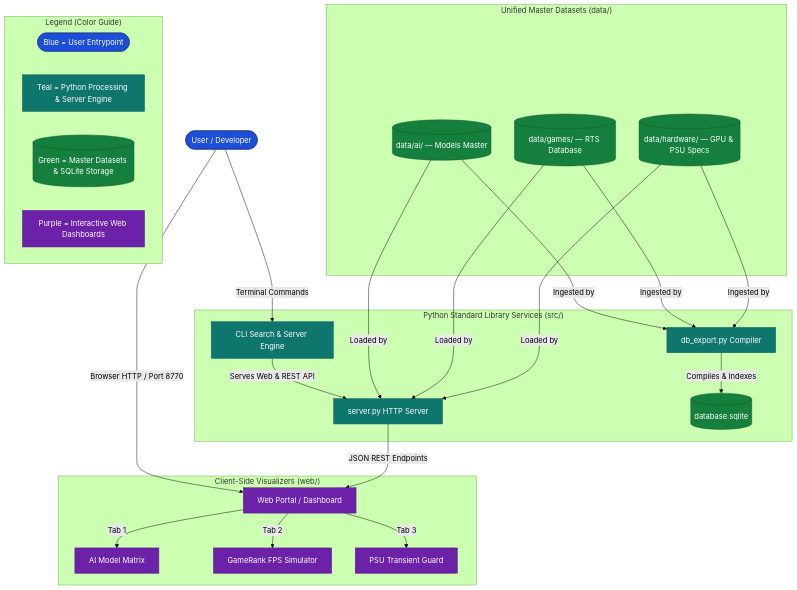
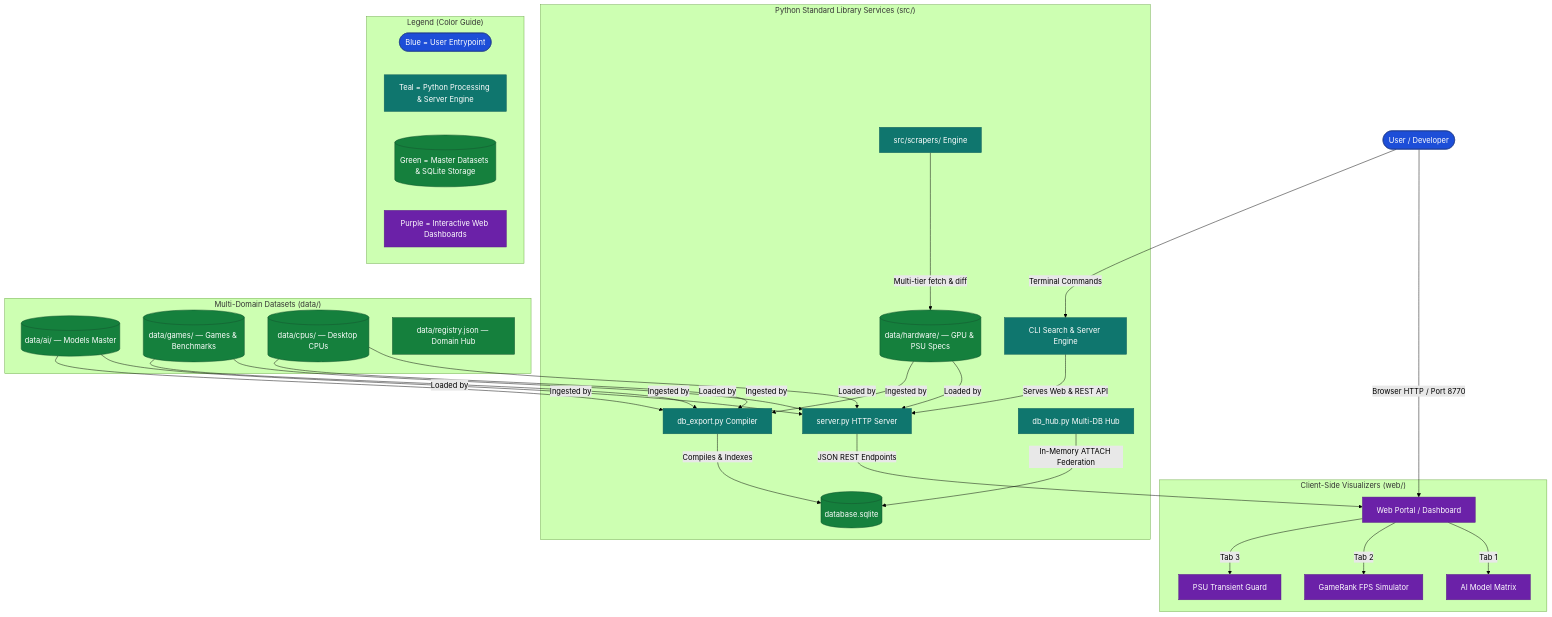
The first of 6 diagrams in docs/ARCHITECTURE.md (Mostakim2005/database-manager), drawn with Mermaid (forest theme) before and after one commit. The commit also changed other lines of this file and 17 other files, not shown here.

Commit message:
feat(scrapers): add BD retail live price sync, 1% low FPS benchmarks, and 4th domain cpus

````diff
--- a/docs/ARCHITECTURE.md
+++ b/docs/ARCHITECTURE.md
@@ -7,45 +7,51 @@
 ```mermaid
 flowchart TB
     %% Color Definitions (Obsidian & GitHub compatible)
     classDef startNode fill:#1d4ed8,stroke:#1e3a8a,color:#ffffff
     classDef processNode fill:#0f766e,stroke:#115e59,color:#ffffff
     classDef dataNode fill:#15803d,stroke:#14532d,color:#ffffff
     classDef outputNode fill:#6b21a8,stroke:#581c87,color:#ffffff
 
     User([User / Developer]):::startNode -->|Browser HTTP / Port 8770| Portal[Web Portal / Dashboard]:::outputNode
     User -->|Terminal Commands| CLI[CLI Search & Server Engine]:::processNode
 
     subgraph Backend["Python Standard Library Services (src/)"]
         CLI -->|Serves Web & REST API| Server[server.py HTTP Server]:::processNode
         Compiler[db_export.py Compiler]:::processNode -->|Compiles & Indexes| SQLite[(database.sqlite)]:::dataNode
+        Hub[db_hub.py Multi-DB Hub]:::processNode -->|In-Memory ATTACH Federation| SQLite
+        Scrapers[src/scrapers/ Engine]:::processNode -->|Multi-tier fetch & diff| DataHW
     end
 
-    subgraph DataLayer["Unified Master Datasets (data/)"]
+    subgraph DataLayer["Multi-Domain Datasets (data/)"]
         DataAI[(data/ai/ — Models Master)]:::dataNode
-        DataGames[(data/games/ — RTS Database)]:::dataNode
+        DataGames[(data/games/ — Games & Benchmarks)]:::dataNode
         DataHW[(data/hardware/ — GPU & PSU Specs)]:::dataNode
+        DataCPUs[(data/cpus/ — Desktop CPUs)]:::dataNode
+        Registry[data/registry.json — Domain Hub]:::dataNode
     end
 
     subgraph WebDashboards["Client-Side Visualizers (web/)"]
         Portal -->|Tab 1| AIView[AI Model Matrix]:::outputNode
         Portal -->|Tab 2| GameView[GameRank FPS Simulator]:::outputNode
         Portal -->|Tab 3| HWView[PSU Transient Guard]:::outputNode
     end
 
     DataAI -->|Loaded by| Server
     DataGames -->|Loaded by| Server
     DataHW -->|Loaded by| Server
+    DataCPUs -->|Loaded by| Server
 
     DataAI -->|Ingested by| Compiler
     DataGames -->|Ingested by| Compiler
     DataHW -->|Ingested by| Compiler
+    DataCPUs -->|Ingested by| Compiler
 
     Server -->|JSON REST Endpoints| Portal
 
     subgraph Legend["Legend (Color Guide)"]
         L1([Blue = User Entrypoint]):::startNode
         L2[Teal = Python Processing & Server Engine]:::processNode
         L3[(Green = Master Datasets & SQLite Storage)]:::dataNode
         L4[Purple = Interactive Web Dashboards]:::outputNode
     end
 ```
````
